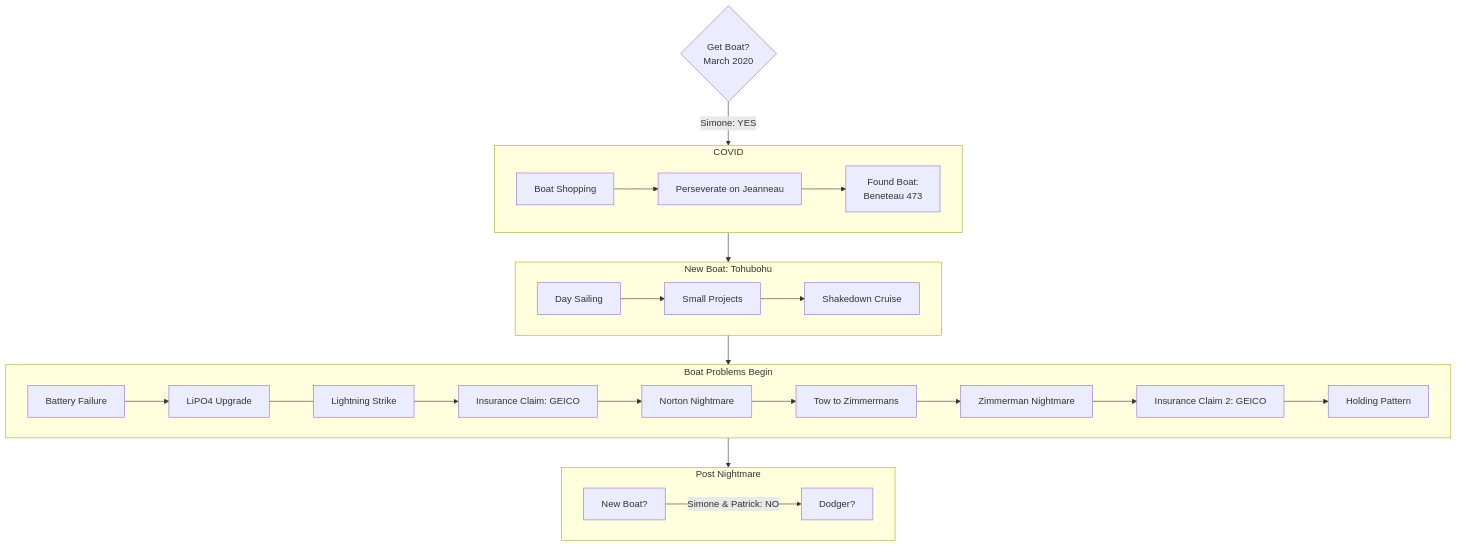
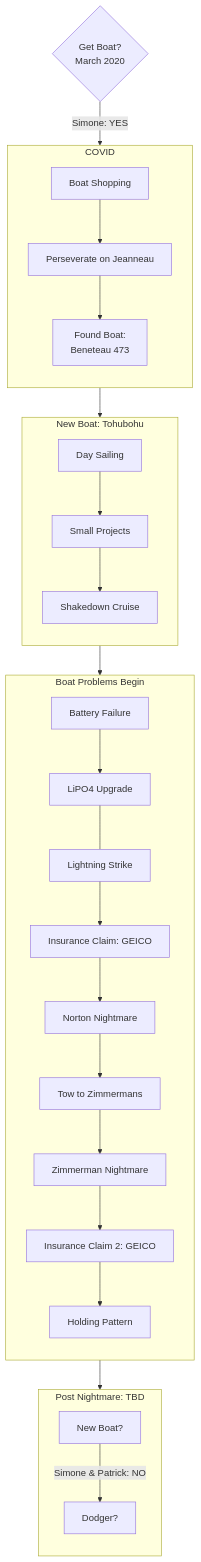
The diagram in plans.qmd (pem725/Tohubohu), drawn with Mermaid before and after one commit. The commit also changed 7 other files, not shown here.

````diff
--- a/plans.qmd
+++ b/plans.qmd
@@ -5,43 +5,43 @@
 ```{mermaid}
 flowchart TB
     X{Get Boat?\n March 2020} -->|Simone: YES| FIND
     
     subgraph FIND[COVID]
-      direction LR
+      direction TB
       B[Boat Shopping] --> F1[Perseverate on Jeanneau]
       F1 --> C[Found Boat:\nBeneteau 473]
     end
     
 FIND --> NB
 
     subgraph NB[New Boat: Tohubohu]
-      direction LR
+      direction TB
       D[Day Sailing]
       D --> E[Small Projects]
       E --> S[Shakedown Cruise]
     end
 
 NB --> BPI
 
     subgraph BPI[Boat Problems Begin]
-      direction LR
+      direction TB
       G[Battery Failure]
       G --> L[LiPO4 Upgrade]
       L --- Z[Lightning Strike]
       Z --> Y[Insurance Claim: GEICO]
       Y --> N[Norton Nightmare]
       N --> T[Tow to Zimmermans]
       T --> SU[Zimmerman Nightmare]
       SU --> U[Insurance Claim 2: GEICO]
       U --> V[Holding Pattern]
     end
 
 BPI --> PN
 
-    subgraph PN[Post Nightmare]
-      direction LR
+    subgraph PN[Post Nightmare: TBD]
+      direction TB
       W[New Boat?] -->|Simone & Patrick: NO| F[Dodger?]
     end
 
-    click A "http://yachtworld.com"
+    click B "http://yachtworld.com" "Yachtworld"
 ```
````
